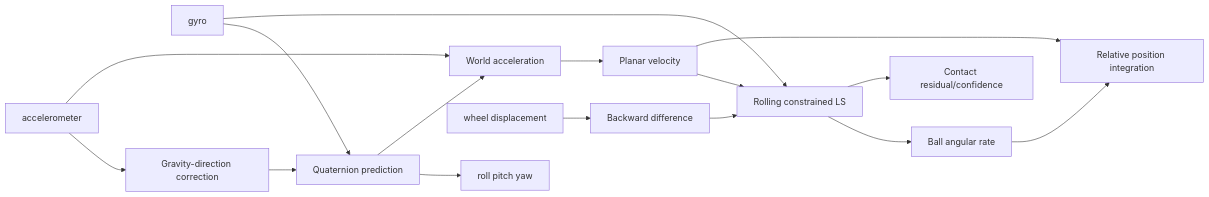
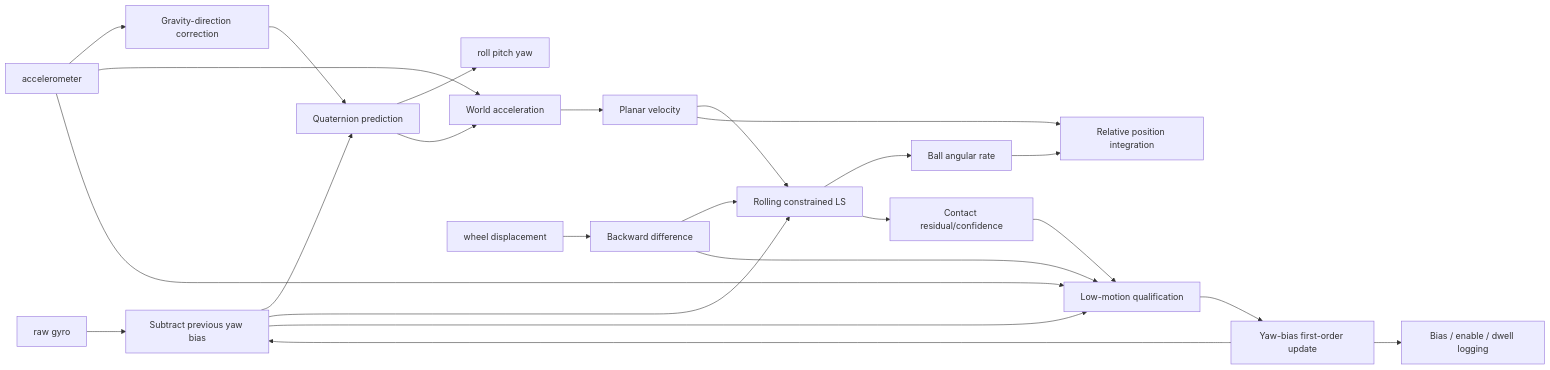
Before and after one commit to nenecchiCV/ball-balancing-omni-rover: the second of 3 diagrams in specs/hardware_design/controll/ball_balancing_omnirover3wd/ball_balancing_omnirover3wd-architecture.md, drawn with Mermaid. The commit also changed other lines of this file and 17 other files, not shown here.

````diff
--- a/specs/hardware_design/controll/ball_balancing_omnirover3wd/ball_balancing_omnirover3wd-architecture.md
+++ b/specs/hardware_design/controll/ball_balancing_omnirover3wd/ball_balancing_omnirover3wd-architecture.md
@@ -151,17 +160,25 @@
 ```mermaid
 flowchart LR
-  GYRO[gyro] --> QP[Quaternion prediction]
+  GYRO[raw gyro] --> SUB[Subtract previous yaw bias]
+  SUB --> QP[Quaternion prediction]
   ACC[accelerometer] --> GRAV[Gravity-direction correction]
   GRAV --> QP
   QP --> ATT[roll pitch yaw]
   ACC --> AW[World acceleration]
   QP --> AW --> VEL[Planar velocity]
   ENC[wheel displacement] --> DIFF[Backward difference]
   DIFF --> KIN[Rolling constrained LS]
   VEL --> KIN
-  GYRO --> KIN
+  SUB --> KIN
   KIN --> BALL[Ball angular rate]
   VEL --> REL[Relative position integration]
   BALL --> REL
   KIN --> RES[Contact residual/confidence]
+  DIFF --> QUAL[Low-motion qualification]
+  ACC --> QUAL
+  SUB --> QUAL
+  RES --> QUAL
+  QUAL --> BIAS[Yaw-bias first-order update]
+  BIAS --> SUB
+  BIAS --> DLOG[Bias / enable / dwell logging]
 ```
````
